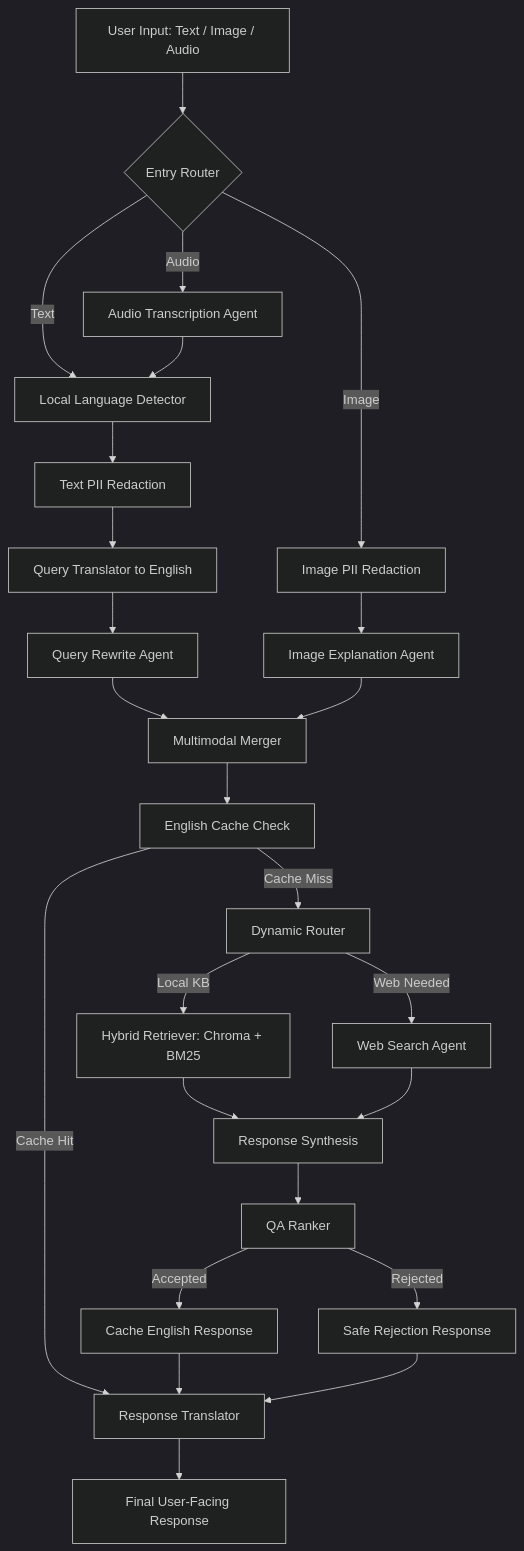
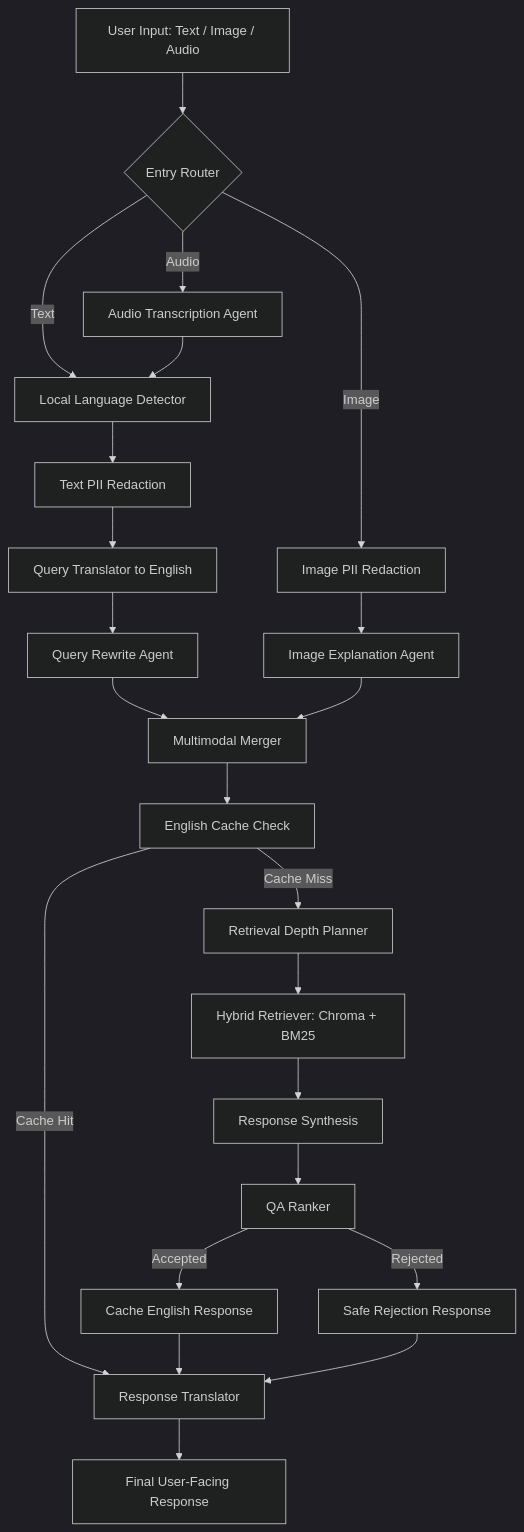
The diagram in README.md (ramhany-coder/Advanced-multi-model-Safety-Eng.-RAG-project), drawn with Mermaid (dark theme) before and after one commit. The commit also changed other lines of this file and 19 other files, not shown here.

````diff
--- a/README.md
+++ b/README.md
@@ -157,39 +157,37 @@
 ```mermaid
 flowchart TD
     A[User Input: Text / Image / Audio] --> B{Entry Router}
 
     B -->|Text| C[Local Language Detector]
     B -->|Audio| A1[Audio Transcription Agent]
     B -->|Image| I1[Image PII Redaction]
 
     A1 --> C
     C --> D[Text PII Redaction]
     D --> E[Query Translator to English]
     E --> F[Query Rewrite Agent]
 
     I1 --> I2[Image Explanation Agent]
 
     F --> G[Multimodal Merger]
     I2 --> G
 
     G --> H[English Cache Check]
 
     H -->|Cache Hit| T[Response Translator]
-    H -->|Cache Miss| R[Dynamic Router]
+    H -->|Cache Miss| R[Retrieval Depth Planner]
 
-    R -->|Local KB| S[Hybrid Retriever: Chroma + BM25]
-    R -->|Web Needed| W[Web Search Agent]
+    R --> S[Hybrid Retriever: Chroma + BM25]
 
     S --> X[Response Synthesis]
-    W --> X
 
     X --> Q[QA Ranker]
 
     Q -->|Accepted| C1[Cache English Response]
     Q -->|Rejected| F1[Safe Rejection Response]
 
     C1 --> T
     F1 --> T
 
     T --> Z[Final User-Facing Response]
 ```
````
